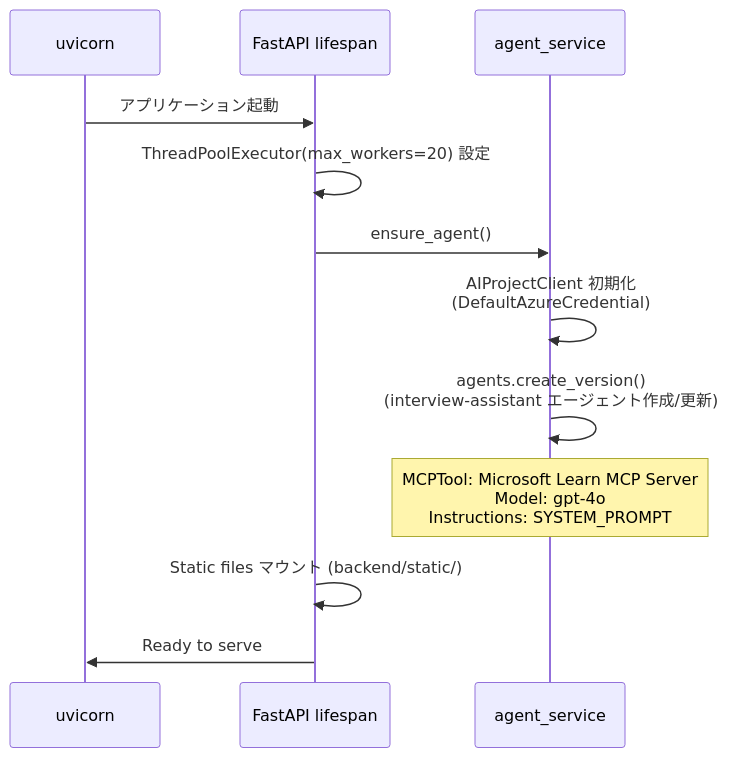
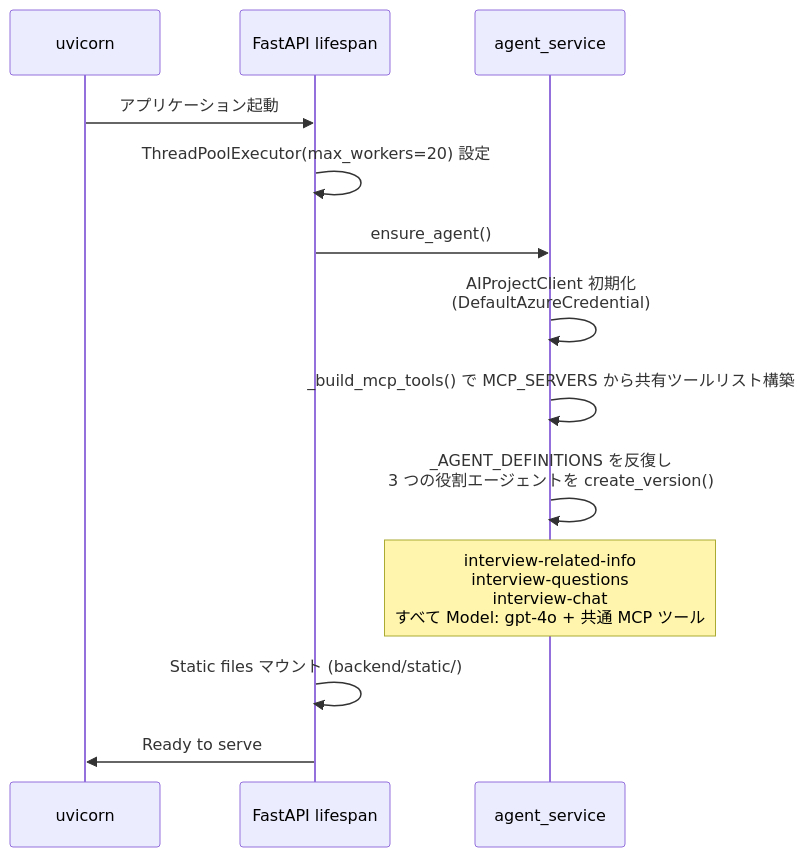
Before and after one commit to hatasaki/Interview-Assistant-AI: the sixth of 22 diagrams in spec/architecture.md, drawn with Mermaid. The commit also changed other lines of this file and 5 other files, not shown here.

Commit message:
Refactor architecture to implement role-specific Foundry Agents

````diff
--- a/spec/architecture.md
+++ b/spec/architecture.md
@@ -340,15 +351,16 @@
 ```mermaid
 sequenceDiagram
     participant Process as uvicorn
     participant App as FastAPI lifespan
     participant AGT as agent_service
 
     Process->>App: アプリケーション起動
     App->>App: ThreadPoolExecutor(max_workers=20) 設定
     App->>AGT: ensure_agent()
     AGT->>AGT: AIProjectClient 初期化<br/>(DefaultAzureCredential)
-    AGT->>AGT: agents.create_version()<br/>(interview-assistant エージェント作成/更新)
-    Note over AGT: MCPTool: Microsoft Learn MCP Server<br/>Model: gpt-4o<br/>Instructions: SYSTEM_PROMPT
+    AGT->>AGT: _build_mcp_tools() で MCP_SERVERS から共有ツールリスト構築
+    AGT->>AGT: _AGENT_DEFINITIONS を反復し<br/>3 つの役割エージェントを create_version()
+    Note over AGT: interview-related-info<br/>interview-questions<br/>interview-chat<br/>すべて Model: gpt-4o + 共通 MCP ツール
     App->>App: Static files マウント (backend/static/)
     App->>Process: Ready to serve
 ```
````
